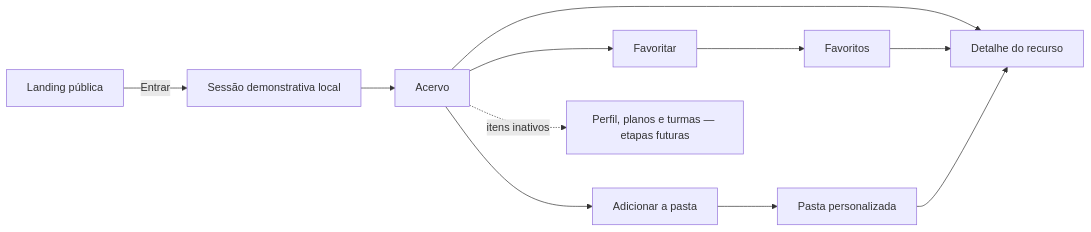
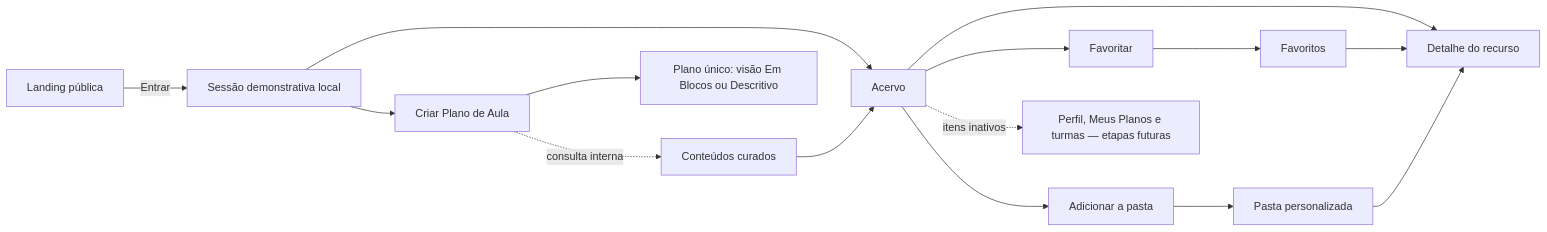
Before and after one commit to AKL77/explora-computacao: the diagram in docs/especificacao-plataforma.md, drawn with Mermaid. The commit also changed other lines of this file and 108 other files, not shown here.

Commit message:
feat: atualizar acervo e planos de aula

````diff
--- a/docs/especificacao-plataforma.md
+++ b/docs/especificacao-plataforma.md
@@ -132,13 +162,17 @@
 ```mermaid
 flowchart LR
     A["Landing pública"] -->|"Entrar"| C["Sessão demonstrativa local"]
     C --> D["Acervo"]
+    C --> P["Criar Plano de Aula"]
+    K["Conteúdos curados"] --> D
     D --> E["Detalhe do recurso"]
     D --> F["Favoritar"]
     D --> G["Adicionar a pasta"]
     F --> H["Favoritos"]
     G --> I["Pasta personalizada"]
     H --> E
     I --> E
-    D -. itens inativos .-> J["Perfil, planos e turmas — etapas futuras"]
+    P -. "consulta interna" .-> K
+    P --> Q["Plano único: visão Em Blocos ou Descritivo"]
+    D -. itens inativos .-> J["Perfil, Meus Planos e turmas — etapas futuras"]
 ```
````
